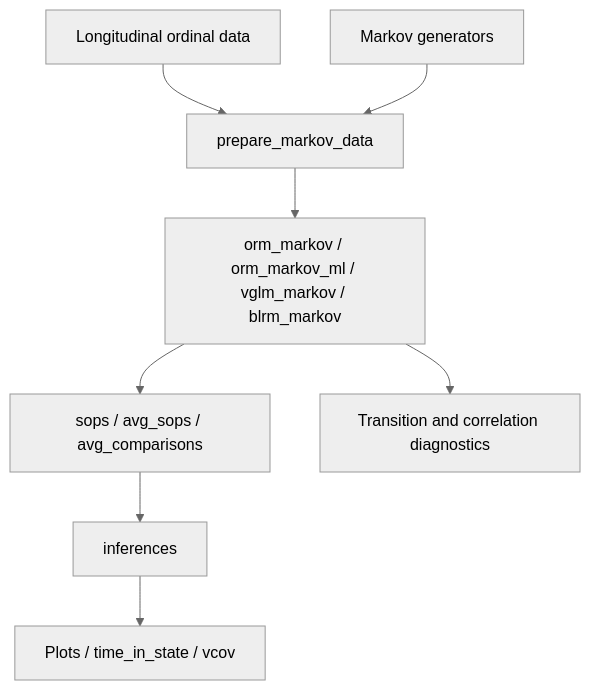
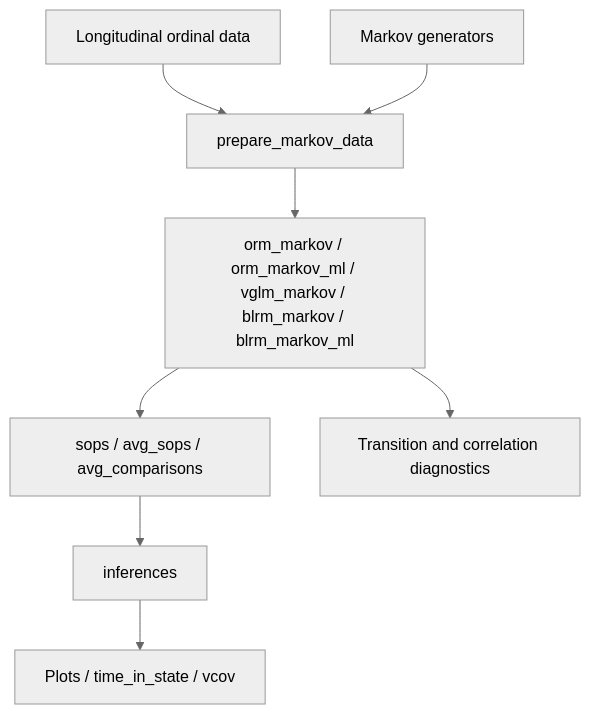
Before and after one commit to scjohannes/mostr: the first of 3 diagrams in ARCHITECTURE.md, drawn with Mermaid (neutral theme). The commit also changed other lines of this file and 13 other files, not shown here.

First line of the commit message:
// Add blrm_markov_ml(), a Bayesian fit with the observed-data likelihood

````diff
--- a/ARCHITECTURE.md
+++ b/ARCHITECTURE.md
@@ -62,10 +62,10 @@
 ```mermaid
 flowchart TD
     A[Longitudinal ordinal data] --> B[prepare_markov_data]
     G[Markov generators] --> B
-    B --> C[orm_markov / orm_markov_ml / vglm_markov / blrm_markov]
+    B --> C[orm_markov / orm_markov_ml / vglm_markov / blrm_markov / blrm_markov_ml]
     C --> D[sops / avg_sops / avg_comparisons]
     D --> E[inferences]
     E --> F[Plots / time_in_state / vcov]
     C --> H[Transition and correlation diagnostics]
 ```
````
